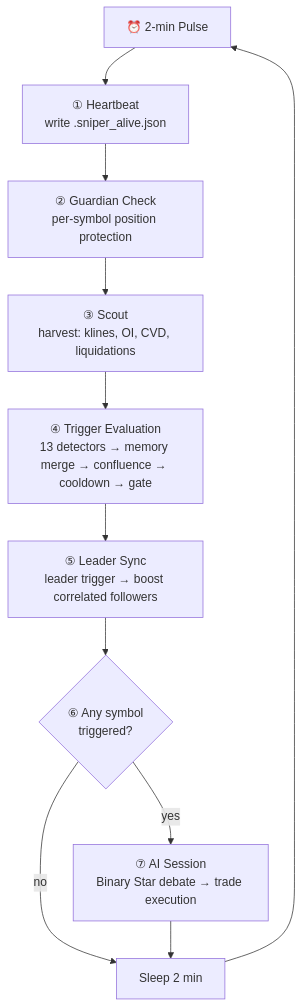
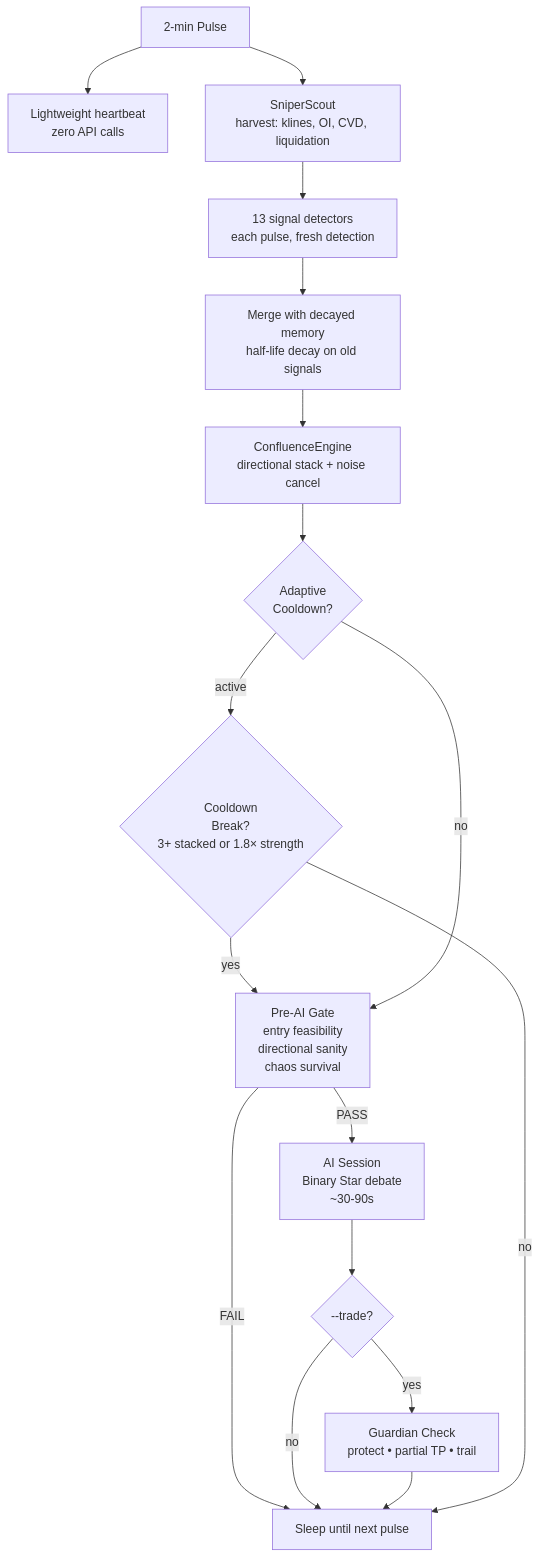
Before and after one commit to jiangyang5157/binary-star: the third of 5 diagrams in README.md, drawn with Mermaid. The commit also changed other lines of this file, not shown here.

````diff
--- a/README.md
+++ b/README.md
@@ -204,13 +184,19 @@
 ```mermaid
 graph TD
-    PULSE["⏰ 2-min Pulse"] --> H["① Heartbeat<br/>write .sniper_alive.json"]
-    H --> G["② Guardian Check<br/>per-symbol position protection"]
-    G --> S["③ Scout<br/>harvest: klines, OI, CVD, liquidations"]
-    S --> T["④ Trigger Evaluation<br/>13 detectors → memory merge → confluence → cooldown → gate"]
-    T --> LS["⑤ Leader Sync<br/>leader trigger → boost correlated followers"]
-    LS --> AI{"⑥ Any symbol<br/>triggered?"}
-    AI -->|"yes"| SESSION["⑦ AI Session<br/>Binary Star debate → trade execution"]
-    AI -->|"no"| SLEEP["Sleep 2 min"]
-    SESSION --> SLEEP
-    SLEEP --> PULSE
+    Pulse["2-min Pulse"] --> LW["Lightweight heartbeat<br/>zero API calls"]
+    Pulse --> Scout["SniperScout<br/>harvest: klines, OI, CVD, liquidation"]
+    Scout --> Detect["13 signal detectors<br/>each pulse, fresh detection"]
+    Detect --> Merge["Merge with decayed memory<br/>half-life decay on old signals"]
+    Merge --> Confluence["ConfluenceEngine<br/>directional stack + noise cancel"]
+    Confluence --> Cooldown{"Adaptive<br/>Cooldown?"}
+    Cooldown -->|active| Break{"Cooldown<br/>Break?<br/>3+ stacked or 1.8× strength"}
+    Break -->|yes| Gate
+    Cooldown -->|no| Gate["Pre-AI Gate<br/>entry feasibility<br/>directional sanity<br/>chaos survival"]
+    Gate -->|PASS| AI["AI Session<br/>Binary Star debate<br/>~30-90s"]
+    Gate -->|FAIL| Sleep
+    AI --> Trade{"--trade?"}
+    Trade -->|yes| Guardian["Guardian Check<br/>protect • partial TP • trail"]
+    Trade -->|no| Sleep["Sleep until next pulse"]
+    Guardian --> Sleep
+    Break -->|no| Sleep
 ```
````
